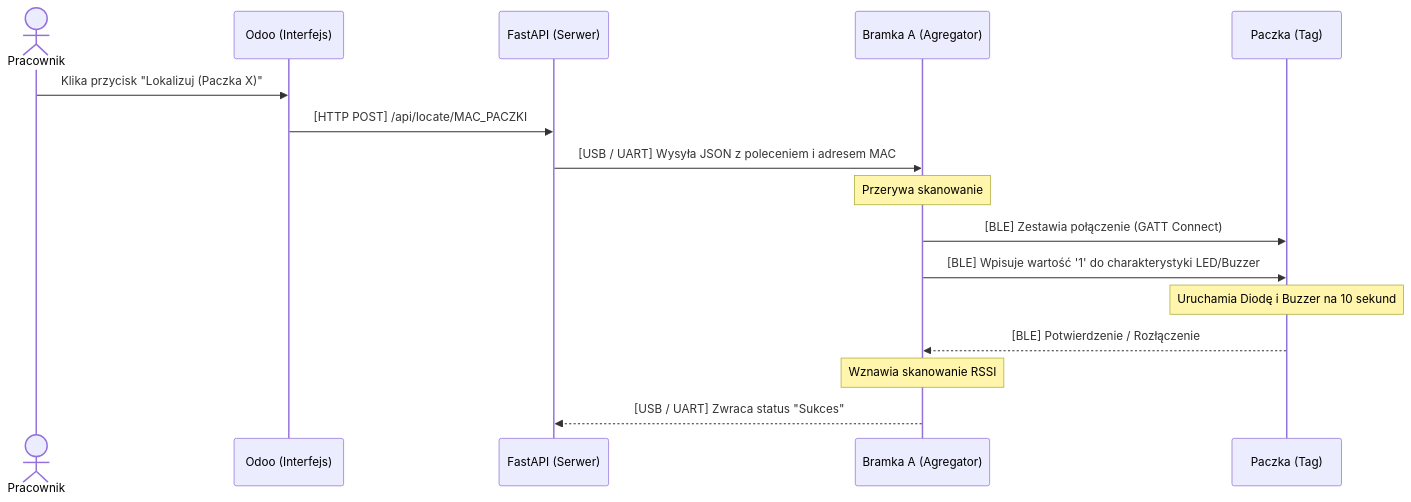
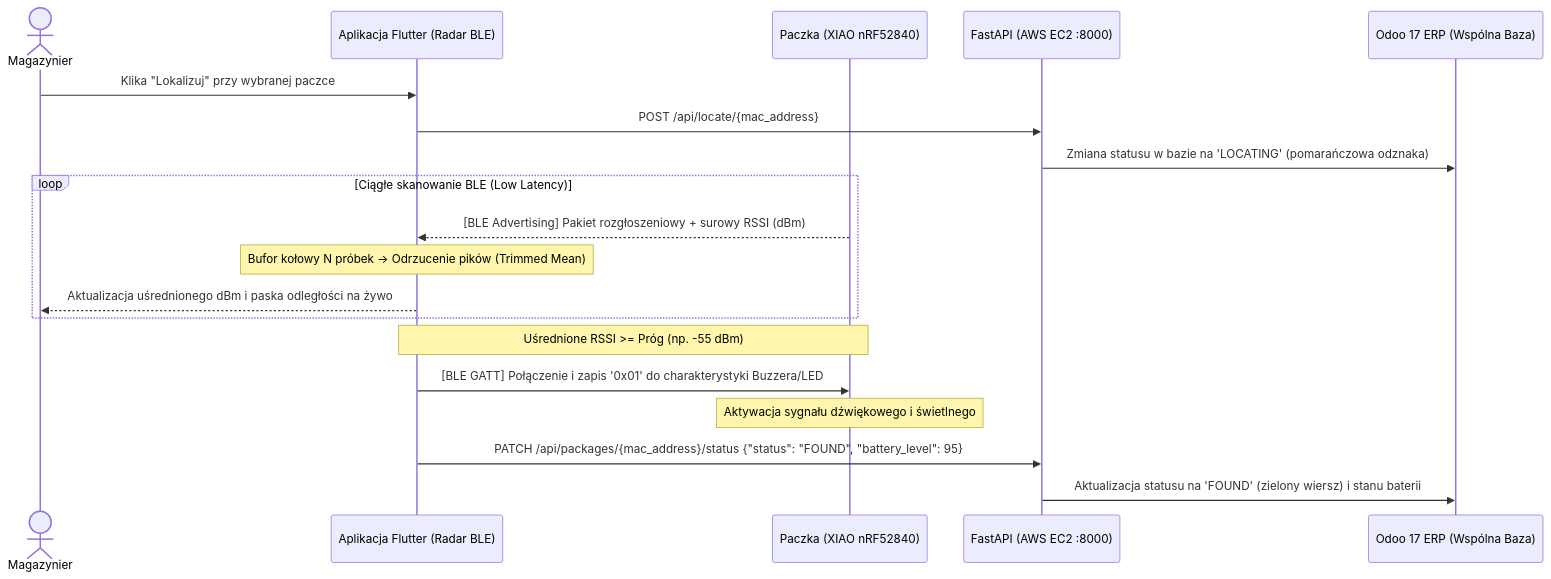
The second of 3 diagrams in README.md (k-surma/Smart-lokalizator-paczek), drawn with Mermaid before and after one commit. The commit also changed other lines of this file, not shown here.

````diff
--- a/README.md
+++ b/README.md
@@ -89,19 +106,24 @@
 ```mermaid
 sequenceDiagram
-    actor U as Pracownik
-    participant O as Odoo (Interfejs)
-    participant API as FastAPI (Serwer)
-    participant A as Bramka A (Agregator)
-    participant P as Paczka (Tag)
+    actor M as Magazynier
+    participant App as Aplikacja Flutter (Radar BLE)
+    participant Tag as Paczka (XIAO nRF52840)
+    participant API as FastAPI (AWS EC2 :8000)
+    participant Odoo as Odoo 17 ERP (Wspólna Baza)
 
-    U->>O: Klika przycisk "Lokalizuj (Paczka X)"
-    O->>API: [HTTP POST] /api/locate/MAC_PACZKI
-    API->>A: [USB / UART] Wysyła JSON z poleceniem i adresem MAC
-    Note over A: Przerywa skanowanie
-    A->>P: [BLE] Zestawia połączenie (GATT Connect)
-    A->>P: [BLE] Wpisuje wartość '1' do charakterystyki LED/Buzzer
-    Note over P: Uruchamia Diodę i Buzzer na 10 sekund
-    P-->>A: [BLE] Potwierdzenie / Rozłączenie
-    Note over A: Wznawia skanowanie RSSI
-    A-->>API: [USB / UART] Zwraca status "Sukces"
+    M->>App: Klika "Lokalizuj" przy wybranej paczce
+    App->>API: POST /api/locate/{mac_address}
+    API->>Odoo: Zmiana statusu w bazie na 'LOCATING' (pomarańczowa odznaka)
+    
+    loop Ciągłe skanowanie BLE (Low Latency)
+        Tag-->>App: [BLE Advertising] Pakiet rozgłoszeniowy + surowy RSSI (dBm)
+        Note over App: Bufor kołowy N próbek -> Odrzucenie pików (Trimmed Mean)
+        App-->>M: Aktualizacja uśrednionego dBm i paska odległości na żywo
+    end
+
+    Note over App,Tag: Uśrednione RSSI >= Próg (np. -55 dBm)
+    App->>Tag: [BLE GATT] Połączenie i zapis '0x01' do charakterystyki Buzzera/LED
+    Note over Tag: Aktywacja sygnału dźwiękowego i świetlnego
+    App->>API: PATCH /api/packages/{mac_address}/status {"status": "FOUND", "battery_level": 95}
+    API->>Odoo: Aktualizacja statusu na 'FOUND' (zielony wiersz) i stanu baterii
 ```
````
